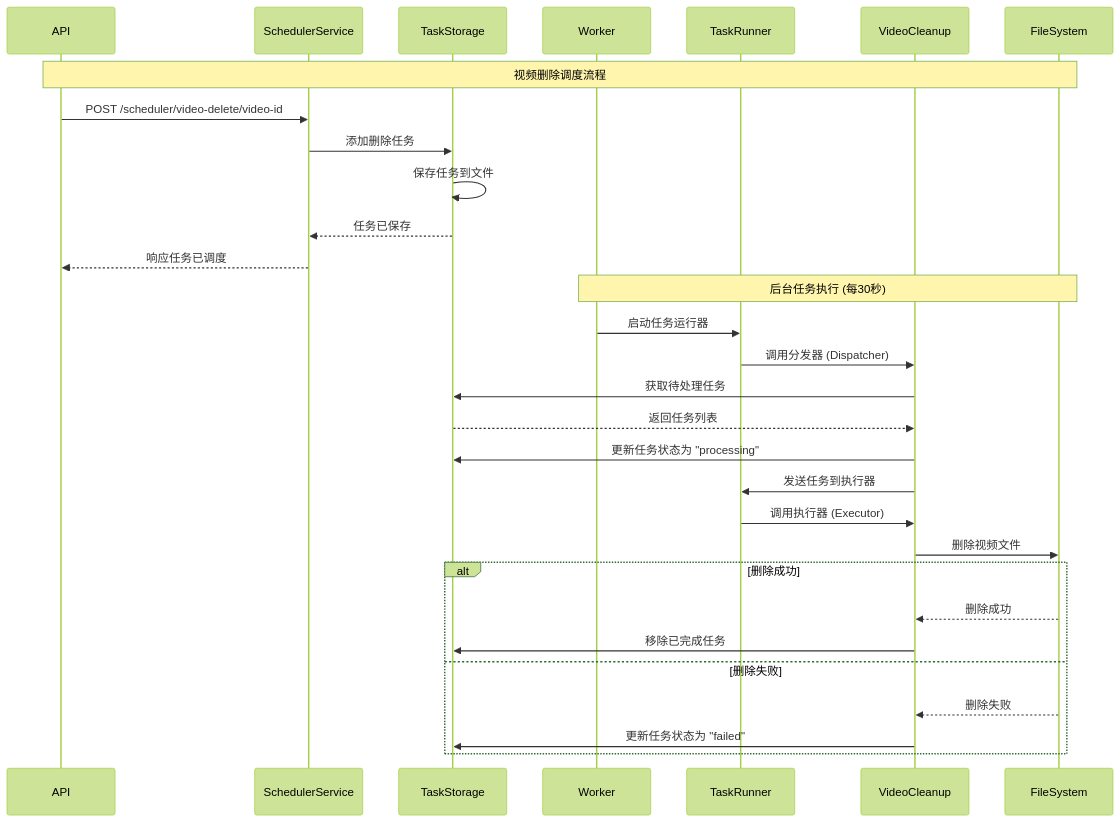
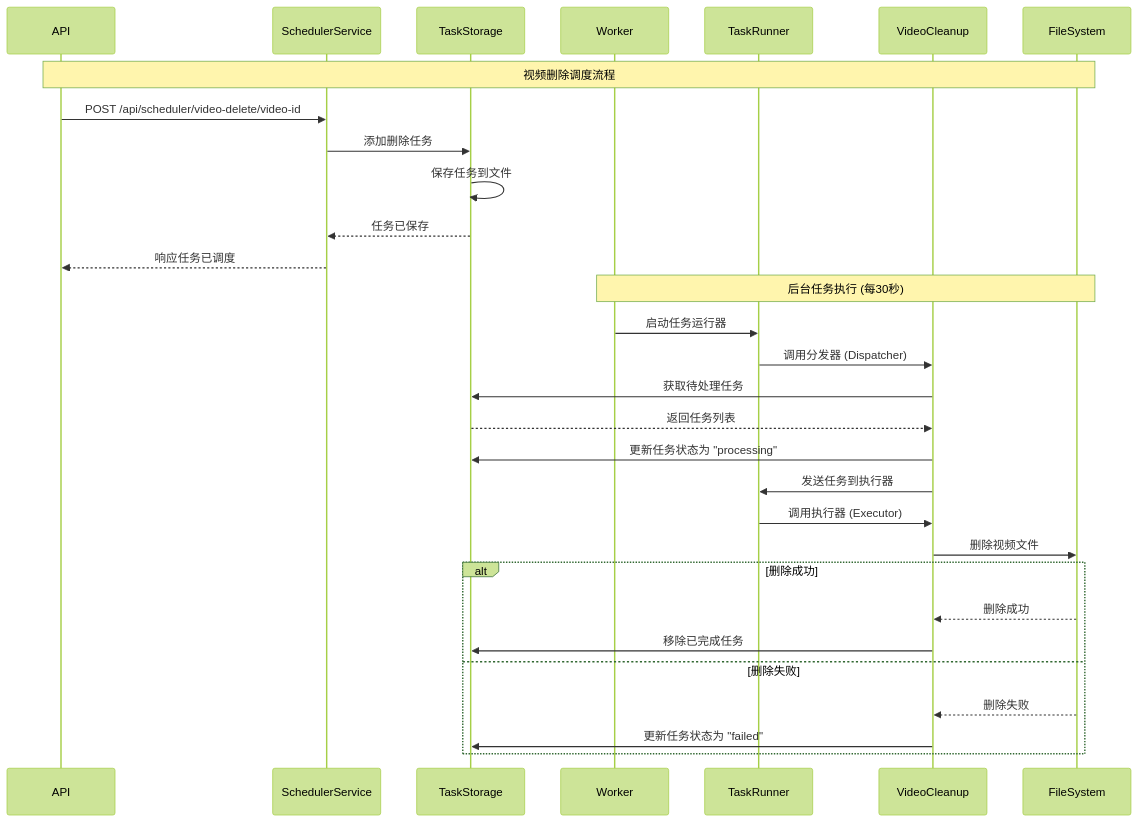
The third of 4 diagrams in standalone-stream-server/docs/architecture.md (taoyao-code/golang-streaming), drawn with Mermaid (forest theme) before and after one commit. The commit also changed 1 other file, not shown here.

Commit message:
更新架构文档，修正视频删除调度API的路由问题，并完善调度器API的状态和统计信息描述。项目整体完成度提升至约82%。

````diff
--- a/standalone-stream-server/docs/architecture.md
+++ b/standalone-stream-server/docs/architecture.md
@@ -156,38 +156,38 @@
 ```mermaid
 sequenceDiagram
     participant API
     participant SchedulerService
     participant TaskStorage
     participant Worker
     participant TaskRunner
     participant VideoCleanup
     participant FileSystem
 
     Note over API,FileSystem: 视频删除调度流程
 
-    API->>SchedulerService: POST /scheduler/video-delete/video-id
+    API->>SchedulerService: POST /api/scheduler/video-delete/video-id
     SchedulerService->>TaskStorage: 添加删除任务
     TaskStorage->>TaskStorage: 保存任务到文件
     TaskStorage-->>SchedulerService: 任务已保存
     SchedulerService-->>API: 响应任务已调度
 
     Note over Worker,FileSystem: 后台任务执行 (每30秒)
 
     Worker->>TaskRunner: 启动任务运行器
     TaskRunner->>VideoCleanup: 调用分发器 (Dispatcher)
     VideoCleanup->>TaskStorage: 获取待处理任务
     TaskStorage-->>VideoCleanup: 返回任务列表
     VideoCleanup->>TaskStorage: 更新任务状态为 "processing"
     VideoCleanup->>TaskRunner: 发送任务到执行器
 
     TaskRunner->>VideoCleanup: 调用执行器 (Executor)
     VideoCleanup->>FileSystem: 删除视频文件
     
     alt 删除成功
         FileSystem-->>VideoCleanup: 删除成功
         VideoCleanup->>TaskStorage: 移除已完成任务
     else 删除失败
         FileSystem-->>VideoCleanup: 删除失败
         VideoCleanup->>TaskStorage: 更新任务状态为 "failed"
     end
 ```
````
